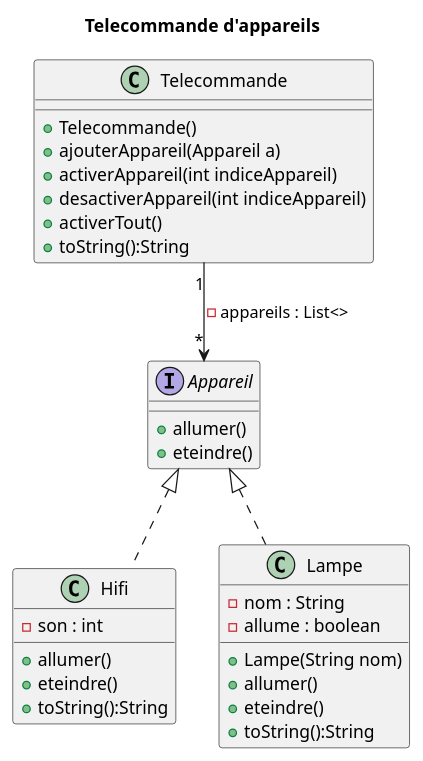
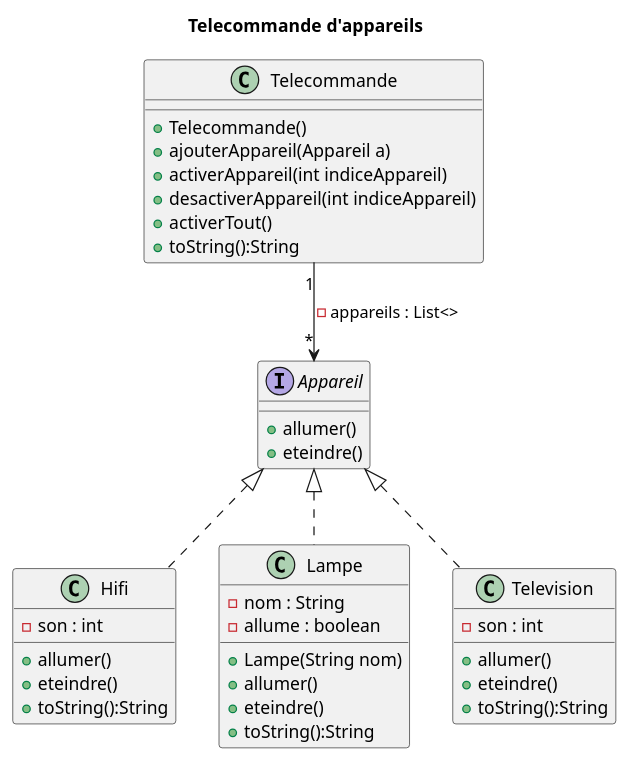
The diagram in UML/DiagrammeClasse.puml (Mitsouille/TD-7---TP-t-l-commande---Ajout-d-autres-appareils), drawn with PlantUML before and after one commit. The commit also changed 2 other files, not shown here.

Commit message:
Modifications UML et ajout classe Television

```diff
--- a/UML/DiagrammeClasse.puml
+++ b/UML/DiagrammeClasse.puml
@@ -1,40 +1,48 @@
 @startuml
 title Telecommande d'appareils
 
 '''classes
 class Telecommande {
     + Telecommande()
     + ajouterAppareil(Appareil a)
     + activerAppareil(int indiceAppareil)
     + desactiverAppareil(int indiceAppareil)
     + activerTout()
     + toString():String
 }
 
 Interface Appareil {
     + allumer()
     + eteindre()
 }
 
 class Hifi {
     - son : int
     + allumer()
     + eteindre()
     + toString():String
 }
 
 class Lampe {
     - nom : String
     - allume : boolean
     + Lampe(String nom)
     + allumer()
     + eteindre()
     + toString():String
 }
 
+class Television {
+    - son : int
+    + allumer()
+    + eteindre()
+    + toString():String
+}
+
 '''relations
 Telecommande "1" --> "*" Appareil : - appareils : List<>
 Appareil <|.. Hifi
 Appareil <|.. Lampe
+Appareil <|.. Television
 
 @enduml
```
